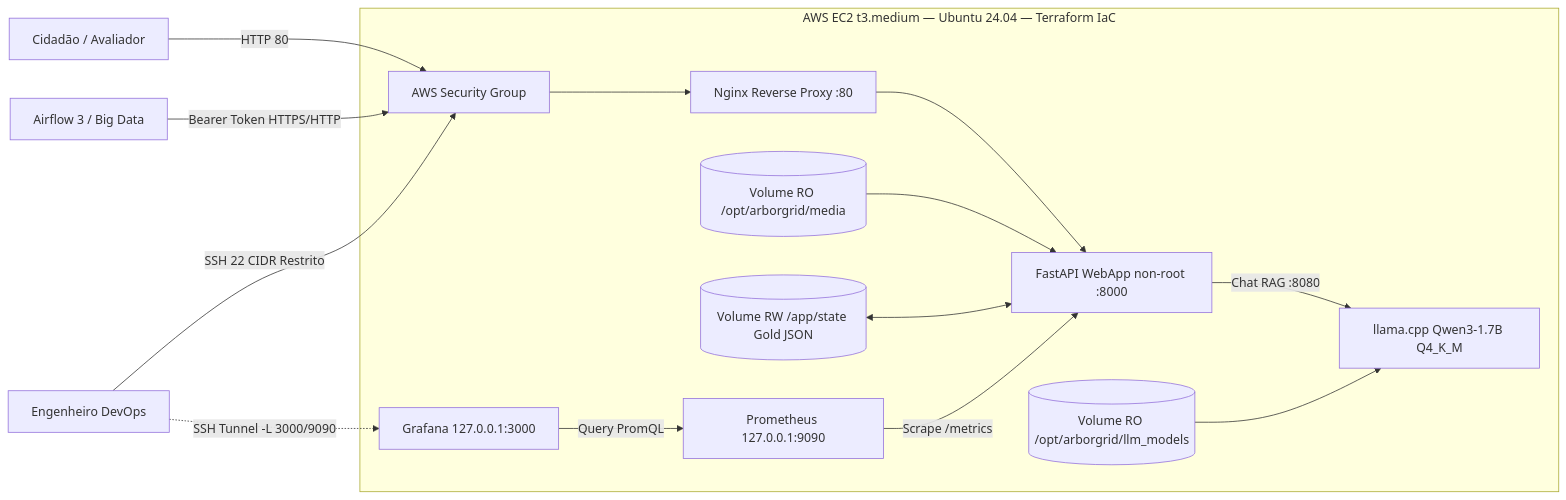
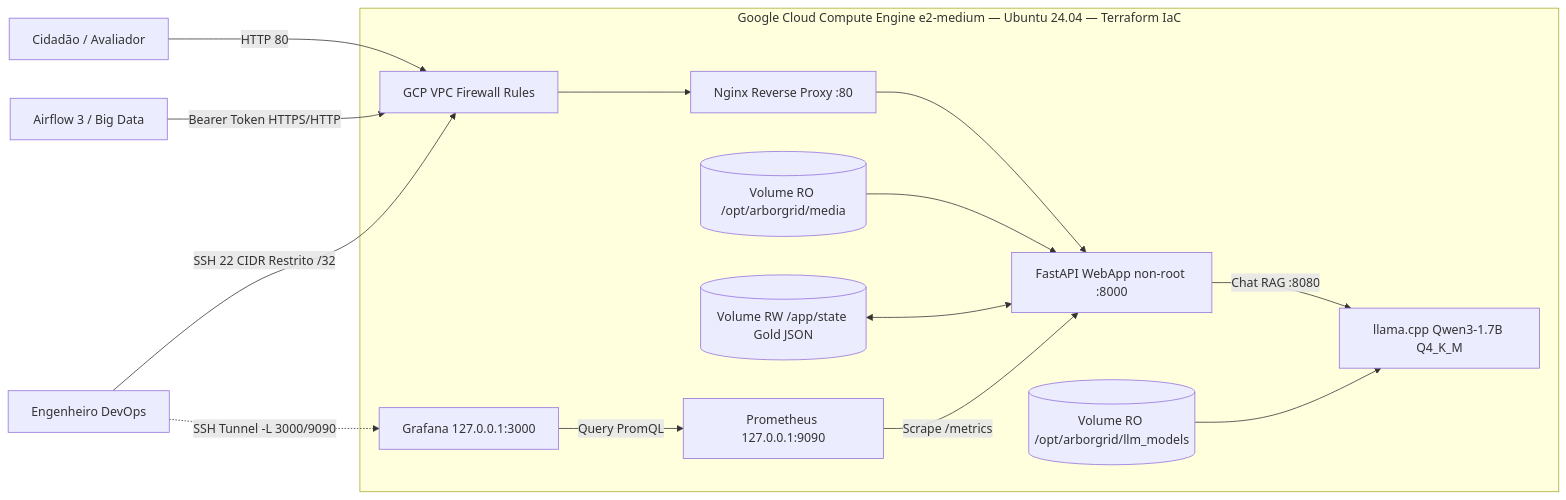
Before and after one commit to LM2124/Fiap-2026-GS2-CitizenTech-Projeto-Arborgrid: the diagram in infra/ARQUITETURA_CLOUD_DEVSECOPS.md, drawn with Mermaid. The commit also changed other lines of this file and 11 other files, not shown here.

Commit message:
MIGRAR DA AWS PARA GCP OBRIGADO AMAZON, POR ACHAR QUE MEU LOGIN ERA TENTATIVA DE FRAUDE, MUITO PRODUTIVO

````diff
--- a/infra/ARQUITETURA_CLOUD_DEVSECOPS.md
+++ b/infra/ARQUITETURA_CLOUD_DEVSECOPS.md
@@ -9,19 +9,19 @@
 ```mermaid
 flowchart LR
-    User[Cidadão / Avaliador] -->|HTTP 80| SG[AWS Security Group]
-    Airflow[Airflow 3 / Big Data] -->|Bearer Token HTTPS/HTTP| SG
-    Admin[Engenheiro DevOps] -->|SSH 22 CIDR Restrito| SG
+    User[Cidadão / Avaliador] -->|HTTP 80| FW[GCP VPC Firewall Rules]
+    Airflow[Airflow 3 / Big Data] -->|Bearer Token HTTPS/HTTP| FW
+    Admin[Engenheiro DevOps] -->|SSH 22 CIDR Restrito /32| FW
 
-    subgraph EC2[AWS EC2 t3.medium — Ubuntu 24.04 — Terraform IaC]
-        SG --> Nginx[Nginx Reverse Proxy :80]
+    subgraph GCE[Google Cloud Compute Engine e2-medium — Ubuntu 24.04 — Terraform IaC]
+        FW --> Nginx[Nginx Reverse Proxy :80]
         Nginx --> App[FastAPI WebApp non-root :8000]
         App -->|Chat RAG :8080| Llama[llama.cpp Qwen3-1.7B Q4_K_M]
         Media[(Volume RO /opt/arborgrid/media)] --> App
         LLMModel[(Volume RO /opt/arborgrid/llm_models)] --> Llama
         State[(Volume RW /app/state Gold JSON)] <--> App
         Prom[Prometheus 127.0.0.1:9090] -->|Scrape /metrics| App
         Graf[Grafana 127.0.0.1:3000] -->|Query PromQL| Prom
     end
 
     Admin -.->|SSH Tunnel -L 3000/9090| Graf
 ```
````
